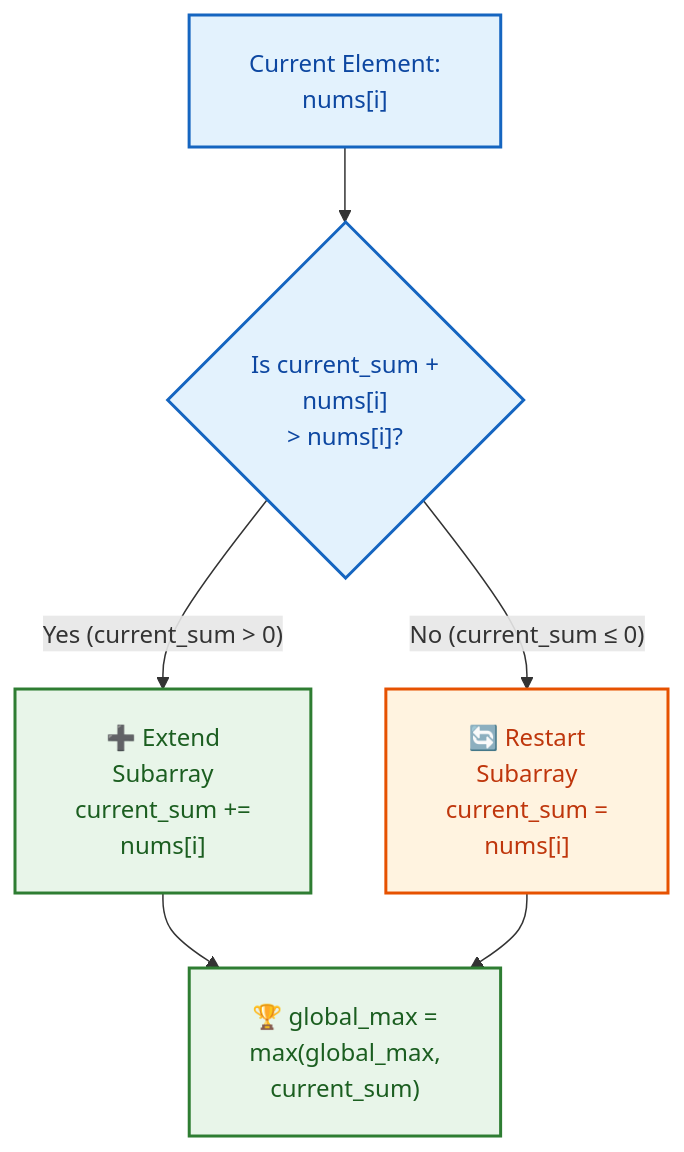
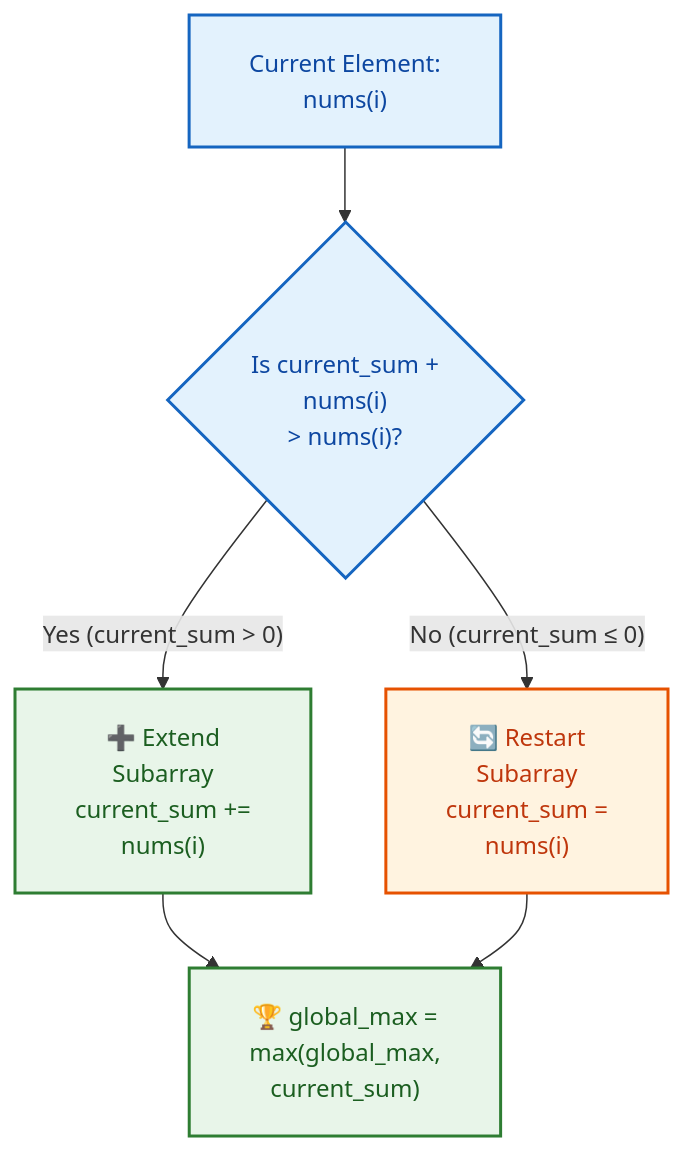
One commit to dip4k/DSA_102 changed the first of 2 diagrams in week_05_tier_1_critical_patterns/Week_05_Visual_Concepts_Playbook_HYBRID.md. Above: the diagram before and after it, drawn with Mermaid. The commit also changed other lines of this file and 147 other files, not shown here.

First line of the commit message:
feat(curriculum): enrich Weeks 01-19 instructional modules & resolve repository-wide Mermaid cutoff

````diff
--- a/week_05_tier_1_critical_patterns/Week_05_Visual_Concepts_Playbook_HYBRID.md
+++ b/week_05_tier_1_critical_patterns/Week_05_Visual_Concepts_Playbook_HYBRID.md
@@ -390,22 +390,22 @@
 ```mermaid
 %%{init: {"flowchart": {"htmlLabels": true, "padding": 20}, "themeCSS": "foreignObject { overflow: visible !important; }"}}%%
 flowchart TD
-    Current["Current Element:<br/>nums[i]"]
-    Check{"Is current_sum +<br/>nums[i]<br/>> nums[i]?"}
-    Extend["➕ Extend<br/>Subarray<br/>current_sum +=<br/>nums[i]"]
-    Restart["🔄 Restart<br/>Subarray<br/>current_sum =<br/>nums[i]"]
+    Current["Current Element:<br/>nums(i)"]
+    Check{"Is current_sum +<br/>nums(i)<br/>&gt; nums(i)?"}
+    Extend["➕ Extend<br/>Subarray<br/>current_sum +=<br/>nums(i)"]
+    Restart["🔄 Restart<br/>Subarray<br/>current_sum =<br/>nums(i)"]
     Update["🏆 global_max =<br/>max(global_max,<br/>current_sum)"]
 
     Current --> Check
-    Check -->|"Yes (current_sum > 0)"| Extend
+    Check -->|"Yes (current_sum &gt; 0)"| Extend
     Check -->|"No (current_sum &le; 0)"| Restart
     Extend --> Update
     Restart --> Update
 
     classDef proc fill:#e3f2fd,stroke:#1565c0,stroke-width:2px,color:#0d47a1
     classDef warn fill:#fff3e0,stroke:#e65100,stroke-width:2px,color:#bf360c
     classDef success fill:#e8f5e9,stroke:#2e7d32,stroke-width:2px,color:#1b5e20
     class Current,Check proc
     class Restart warn
     class Extend,Update success
 ```
````
